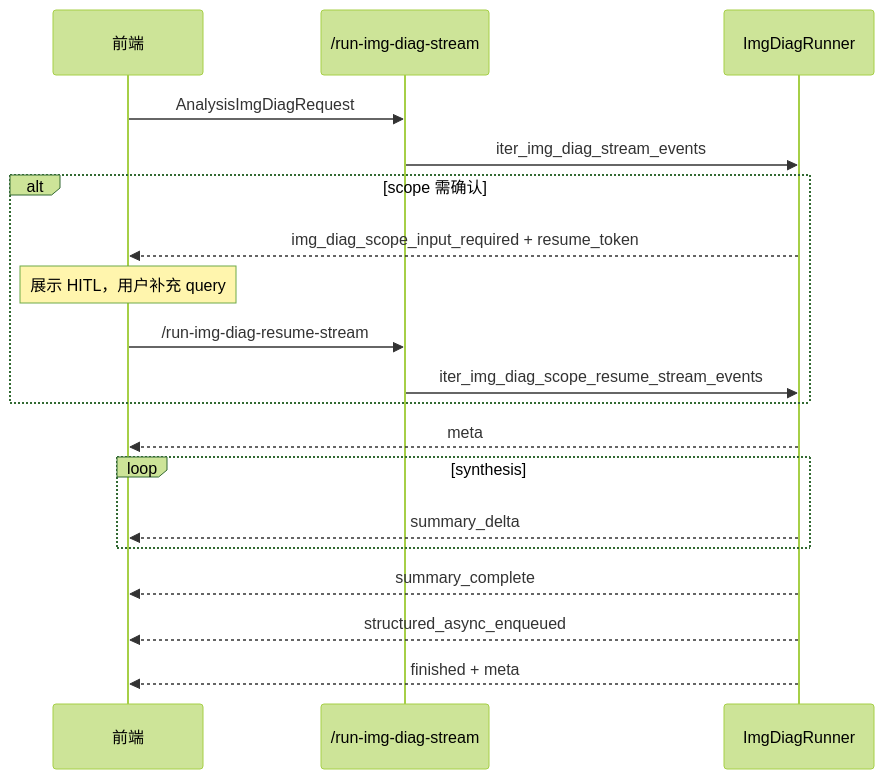
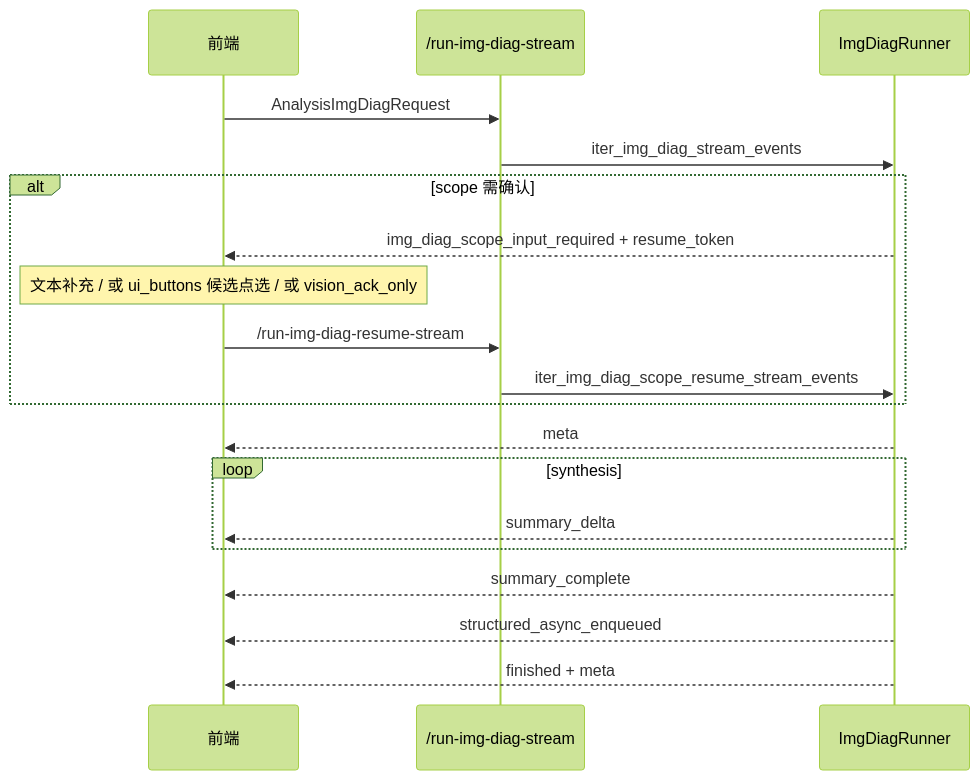
Before and after one commit to gaocf888/models_app_framework: the fourth of 4 diagrams in enterprise-level_transformation_docs/看图诊断(缺陷识别&泄爆分析)实现和使用说明.md, drawn with Mermaid (forest theme). The commit also changed other lines of this file and 15 other files, not shown here.

Commit message:
看图诊断 台账解析两轮HITL校正后，实现查询+LLM提供候选

````diff
--- a/enterprise-level_transformation_docs/看图诊断(缺陷识别&泄爆分析)实现和使用说明.md
+++ b/enterprise-level_transformation_docs/看图诊断(缺陷识别&泄爆分析)实现和使用说明.md
@@ -253,24 +258,24 @@
 ```mermaid
 sequenceDiagram
   participant FE as 前端
   participant API as /run-img-diag-stream
   participant RG as ImgDiagRunner
 
   FE->>API: AnalysisImgDiagRequest
   API->>RG: iter_img_diag_stream_events
 
   alt scope 需确认
     RG-->>FE: img_diag_scope_input_required + resume_token
-    Note over FE: 展示 HITL，用户补充 query
+    Note over FE: 文本补充 / 或 ui_buttons 候选点选 / 或 vision_ack_only
     FE->>API: /run-img-diag-resume-stream
     API->>RG: iter_img_diag_scope_resume_stream_events
   end
 
   RG-->>FE: meta
   loop synthesis
     RG-->>FE: summary_delta
   end
   RG-->>FE: summary_complete
   RG-->>FE: structured_async_enqueued
   RG-->>FE: finished + meta
 ```
````
